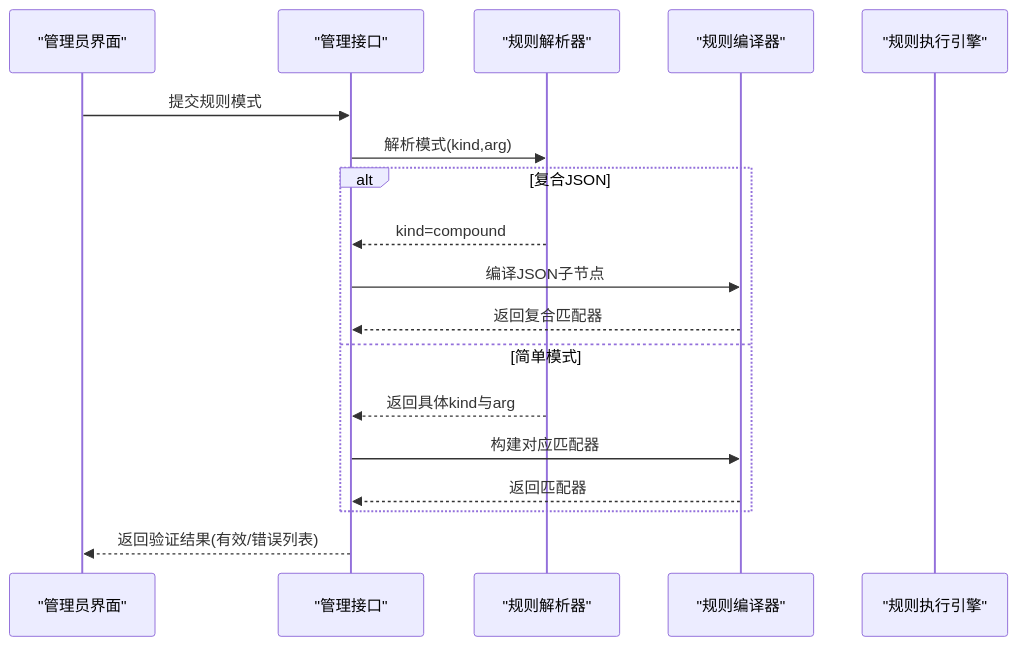
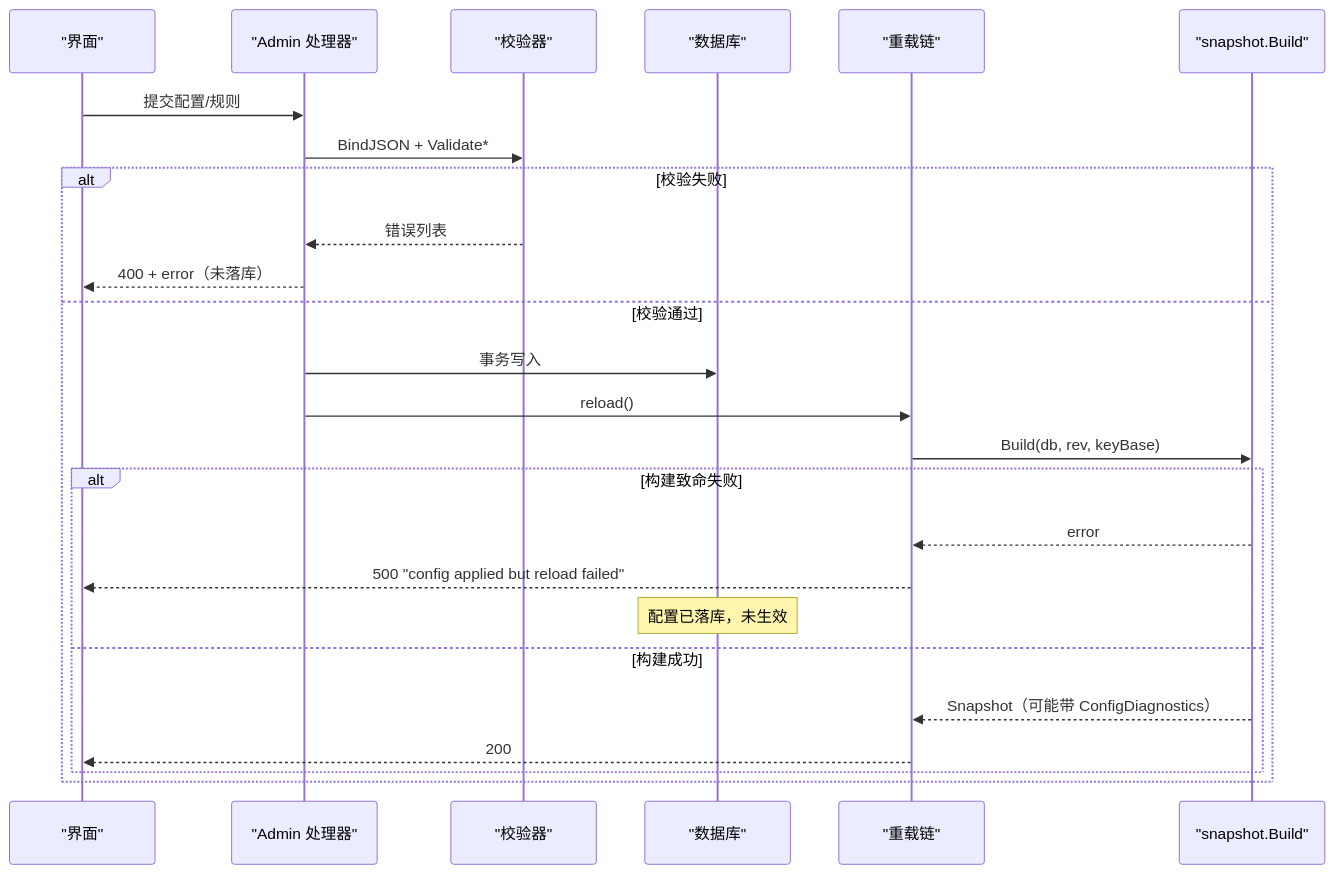
The third of 6 diagrams in docs/配置管理系统/配置验证系统.md (x01n/My-OpenWaf), drawn with Mermaid before and after one commit. The commit also changed other lines of this file and 622 other files, not shown here.

````diff
--- a/docs/配置管理系统/配置验证系统.md
+++ b/docs/配置管理系统/配置验证系统.md
@@ -134,20 +234,27 @@
 ```mermaid
 sequenceDiagram
-participant Admin as "管理员界面"
-participant API as "管理接口"
-participant Parser as "规则解析器"
-participant Compiler as "规则编译器"
-participant Engine as "规则执行引擎"
-Admin->>API : 提交规则模式
-API->>Parser : 解析模式(kind,arg)
-alt 复合JSON
-Parser-->>API : kind=compound
-API->>Compiler : 编译JSON子节点
-Compiler-->>API : 返回复合匹配器
-else 简单模式
-Parser-->>API : 返回具体kind与arg
-API->>Compiler : 构建对应匹配器
-Compiler-->>API : 返回匹配器
+participant FE as "界面"
+participant H as "Admin 处理器"
+participant V as "校验器"
+participant DB as "数据库"
+participant RT as "重载链"
+participant B as "snapshot.Build"
+FE->>H : 提交配置/规则
+H->>V : BindJSON + Validate*
+alt 校验失败
+V-->>H : 错误列表
+H-->>FE : 400 + error（未落库）
+else 校验通过
+H->>DB : 事务写入
+H->>RT : reload()
+RT->>B : Build(db, rev, keyBase)
+alt 构建致命失败
+B-->>RT : error
+RT-->>FE : 500 "config applied but reload failed"
+Note over DB : 配置已落库，未生效
+else 构建成功
+B-->>RT : Snapshot（可能带 ConfigDiagnostics）
+RT-->>FE : 200
 end
-API-->>Admin : 返回验证结果(有效/错误列表)
+end
 ```
````
